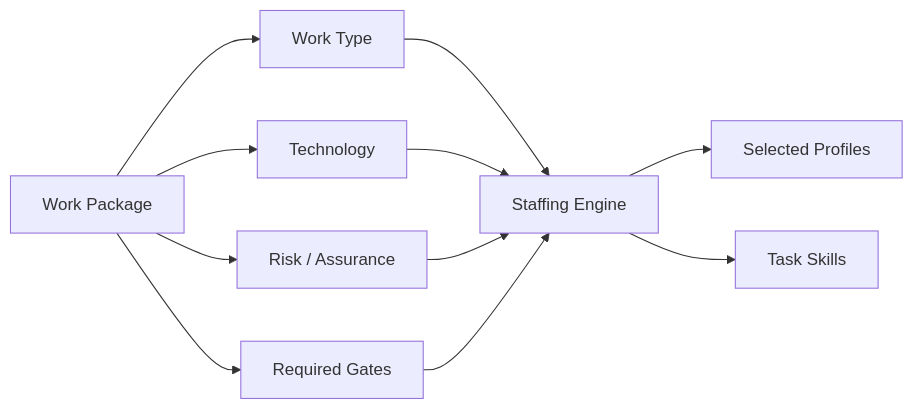
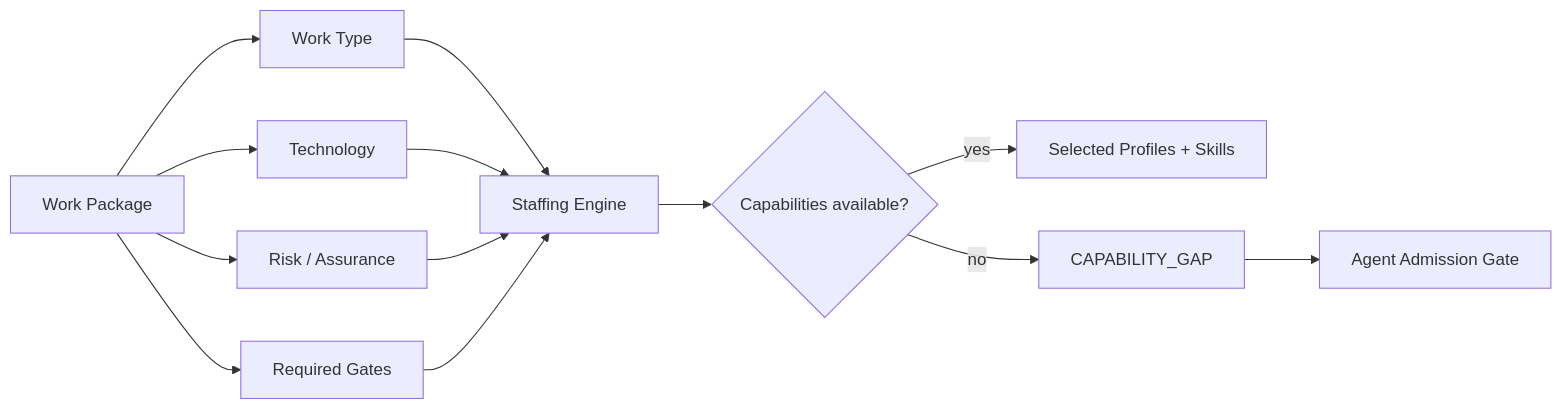
Before and after one commit to pestoura/hermes-factory: the second of 3 diagrams in docs/03-agent-workforce.md, drawn with Mermaid. The commit also changed other lines of this file, not shown here.

Commit message:
docs: align workforce model with canonical Agent DNA

````diff
--- a/docs/03-agent-workforce.md
+++ b/docs/03-agent-workforce.md
@@ -206,13 +175,15 @@
 ```mermaid
 flowchart LR
     WP[Work Package] --> Type[Work Type]
     WP --> Stack[Technology]
     WP --> Risk[Risk / Assurance]
     WP --> Gates[Required Gates]
     Type --> Staff[Staffing Engine]
     Stack --> Staff
     Risk --> Staff
     Gates --> Staff
-    Staff --> Profiles[Selected Profiles]
-    Staff --> Skills[Task Skills]
+    Staff --> Match{Capabilities available?}
+    Match -- yes --> Profiles[Selected Profiles + Skills]
+    Match -- no --> Gap[CAPABILITY_GAP]
+    Gap --> Admission[Agent Admission Gate]
 ```
````
